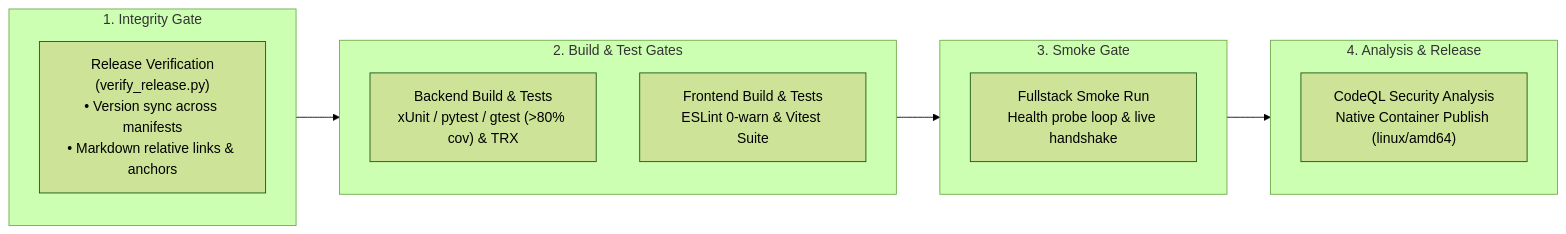
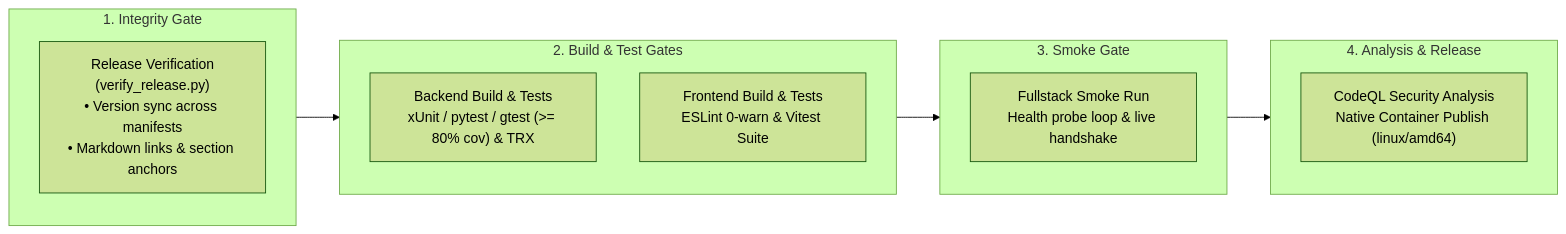
Before and after one commit to spelech/AgenticEngineeringToolbelt: the fourth of 4 diagrams in docs/standards/engineering-style-guide.md, drawn with Mermaid (forest theme). The commit also changed other lines of this file and 42 other files, not shown here.

````diff
--- a/docs/standards/engineering-style-guide.md
+++ b/docs/standards/engineering-style-guide.md
@@ -226,20 +264,20 @@
 ```mermaid
 flowchart LR
     subgraph S1["1. Integrity Gate"]
-        G1["Release Verification<br>(verify_release.py)<br>• Version sync across manifests<br>• Markdown relative links & anchors"]
+        G1["Release Verification<br>(verify_release.py)<br>• Version sync across manifests<br>• Markdown links & section anchors"]
     end
     subgraph S2["2. Build & Test Gates"]
-        G2A["Backend Build & Tests<br>xUnit / pytest / gtest (>80% cov) & TRX"]
+        G2A["Backend Build & Tests<br>xUnit / pytest / gtest (>= 80% cov) & TRX"]
         G2B["Frontend Build & Tests<br>ESLint 0-warn & Vitest Suite"]
     end
     subgraph S3["3. Smoke Gate"]
         G3["Fullstack Smoke Run<br>Health probe loop & live handshake"]
     end
     subgraph S4["4. Analysis & Release"]
         G4["CodeQL Security Analysis<br>Native Container Publish (linux/amd64)"]
     end
 
     S1 --> S2
     S2 --> S3
     S3 --> S4
 ```
````
